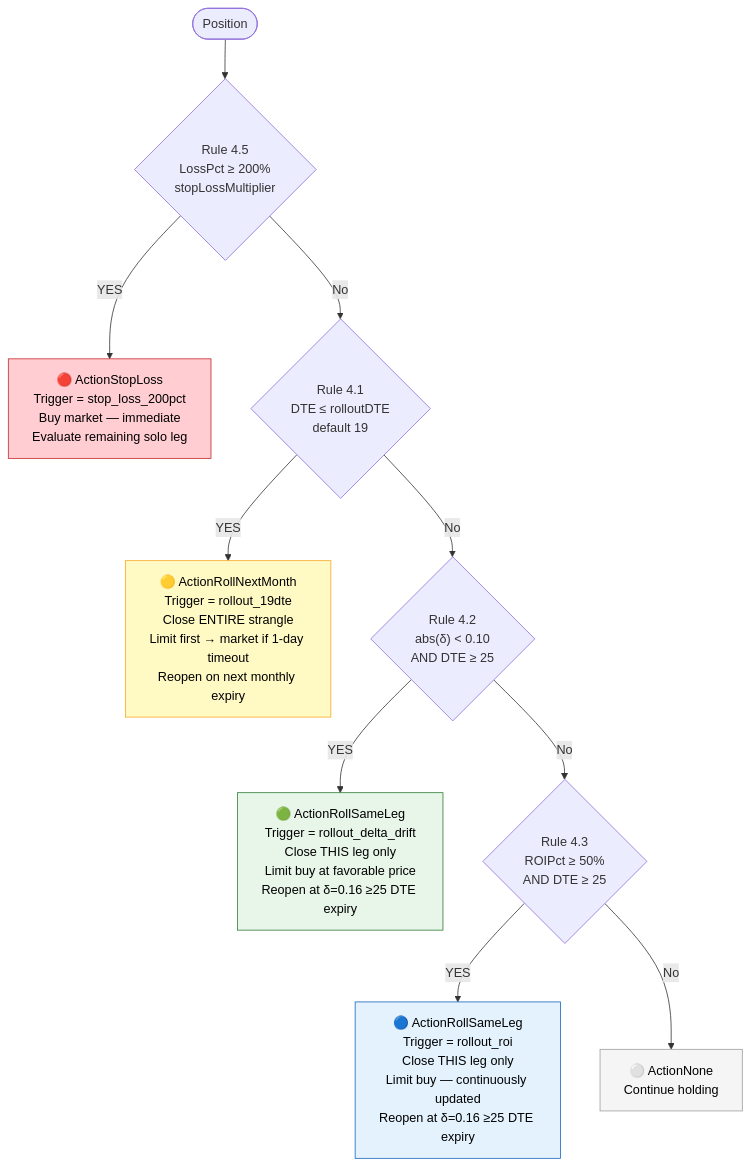
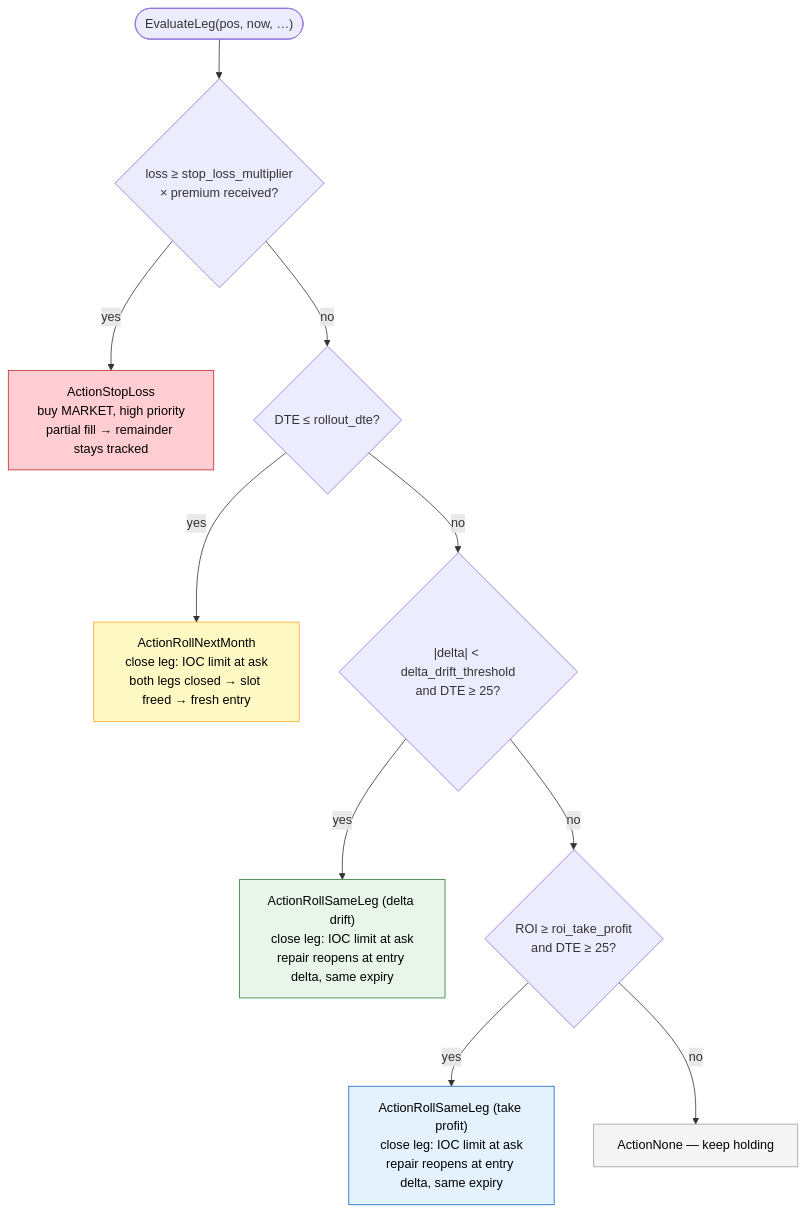
Before and after one commit to rchau73/optionsBot: the diagram in docs/strategy_rollout.mmd, drawn with Mermaid. The commit also changed 54 other files, not shown here.

```diff
--- a/docs/strategy_rollout.mmd
+++ b/docs/strategy_rollout.mmd
@@ -1,16 +1,15 @@
 flowchart TD
-    A([Position]) --> B{Rule 4.5\nLossPct ≥ 200%\nstopLossMultiplier}
-    B -->|"YES"| C["🔴 ActionStopLoss\nTrigger = stop_loss_200pct\nBuy market — immediate\nEvaluate remaining solo leg"]
-    B -->|"No"| D{Rule 4.1\nDTE ≤ rolloutDTE\ndefault 19}
-    D -->|"YES"| E["🟡 ActionRollNextMonth\nTrigger = rollout_19dte\nClose ENTIRE strangle\nLimit first → market if 1-day timeout\nReopen on next monthly expiry"]
-    D -->|"No"| F{"Rule 4.2\nabs(δ) < 0.10\nAND DTE ≥ 25"}
-    F -->|"YES"| G["🟢 ActionRollSameLeg\nTrigger = rollout_delta_drift\nClose THIS leg only\nLimit buy at favorable price\nReopen at δ=0.16 ≥25 DTE expiry"]
-    F -->|"No"| H{"Rule 4.3\nROIPct ≥ 50%\nAND DTE ≥ 25"}
-    H -->|"YES"| I["🔵 ActionRollSameLeg\nTrigger = rollout_roi\nClose THIS leg only\nLimit buy — continuously updated\nReopen at δ=0.16 ≥25 DTE expiry"]
-    H -->|"No"| J["⚪ ActionNone\nContinue holding"]
-
+    A(["EvaluateLeg(pos, now, …)"]) --> B{"loss ≥ stop_loss_multiplier<br/>× premium received?"}
+    B -- "yes" --> C["ActionStopLoss<br/>buy MARKET, high priority<br/>partial fill → remainder stays tracked"]
+    B -- "no" --> D{"DTE ≤ rollout_dte?"}
+    D -- "yes" --> E["ActionRollNextMonth<br/>close leg: IOC limit at ask<br/>both legs closed → slot freed → fresh entry"]
+    D -- "no" --> F{"|delta| < delta_drift_threshold<br/>and DTE ≥ 25?"}
+    F -- "yes" --> G["ActionRollSameLeg (delta drift)<br/>close leg: IOC limit at ask<br/>repair reopens at entry delta, same expiry"]
+    F -- "no" --> H{"ROI ≥ roi_take_profit<br/>and DTE ≥ 25?"}
+    H -- "yes" --> I["ActionRollSameLeg (take profit)<br/>close leg: IOC limit at ask<br/>repair reopens at entry delta, same expiry"]
+    H -- "no" --> J["ActionNone — keep holding"]
     style C fill:#ffcdd2,stroke:#c62828,color:#000
     style E fill:#fff9c4,stroke:#f9a825,color:#000
     style G fill:#e8f5e9,stroke:#2e7d32,color:#000
     style I fill:#e3f2fd,stroke:#1565c0,color:#000
     style J fill:#f5f5f5,stroke:#9e9e9e,color:#000
```
